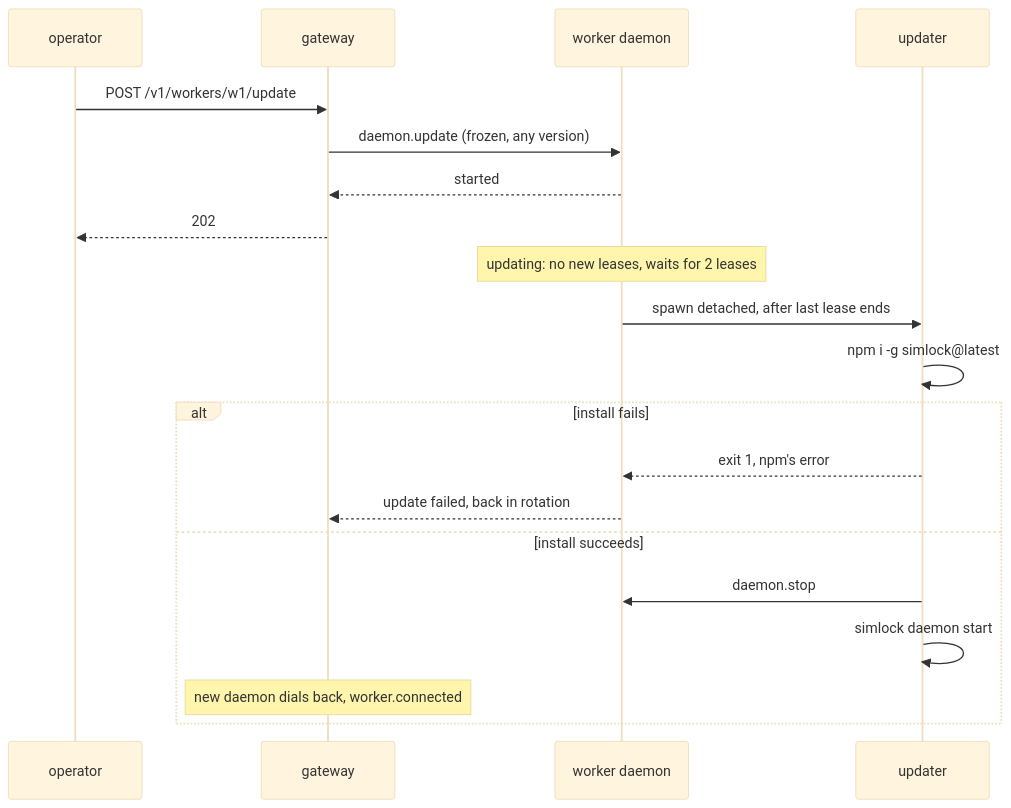
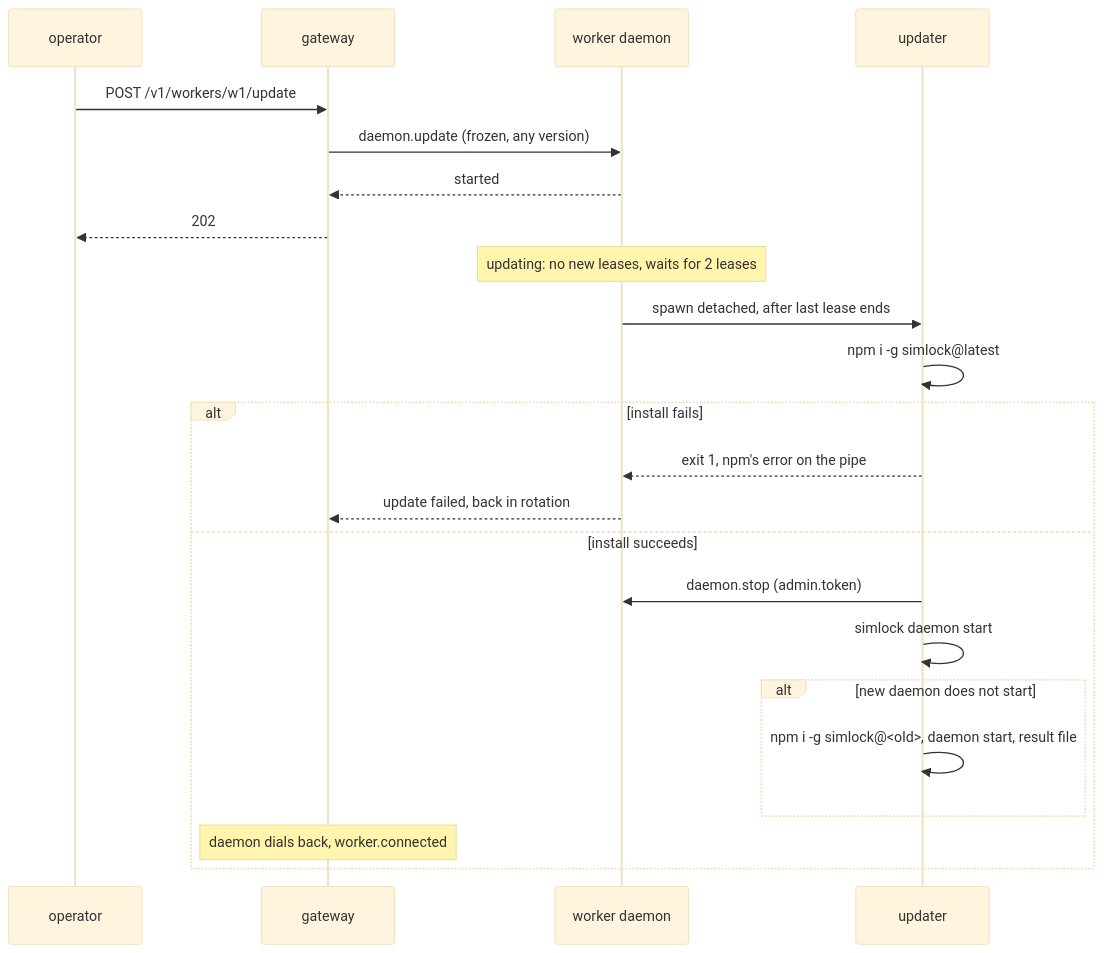
One commit to callstackincubator/simlock changed the second of 3 diagrams in docs/internal/adr/0042-simlock-updates-itself-through-a-frozen-call-and-a-detached-updater.md. Above: the diagram before and after it, drawn with Mermaid (base theme). The commit also changed other lines of this file, not shown here.

````diff
--- a/docs/internal/adr/0042-simlock-updates-itself-through-a-frozen-call-and-a-detached-updater.md
+++ b/docs/internal/adr/0042-simlock-updates-itself-through-a-frozen-call-and-a-detached-updater.md
@@ -99,22 +121,25 @@
 ```mermaid
 sequenceDiagram
   participant O as operator
   participant G as gateway
   participant W as worker daemon
   participant U as updater
   O->>G: POST /v1/workers/w1/update
   G->>W: daemon.update (frozen, any version)
   W-->>G: started
   G-->>O: 202
   Note over W: updating: no new leases, waits for 2 leases
   W->>U: spawn detached, after last lease ends
   U->>U: npm i -g simlock@latest
   alt install fails
-    U-->>W: exit 1, npm's error
+    U-->>W: exit 1, npm's error on the pipe
     W-->>G: update failed, back in rotation
   else install succeeds
-    U->>W: daemon.stop
+    U->>W: daemon.stop (admin.token)
     U->>U: simlock daemon start
-    Note over G: new daemon dials back, worker.connected
+    alt new daemon does not start
+      U->>U: npm i -g simlock@<old>, daemon start, result file
+    end
+    Note over G: daemon dials back, worker.connected
   end
 ```
````
